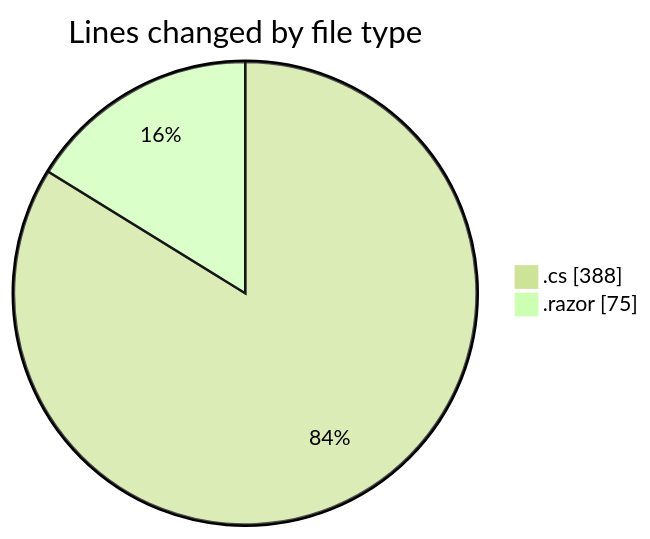
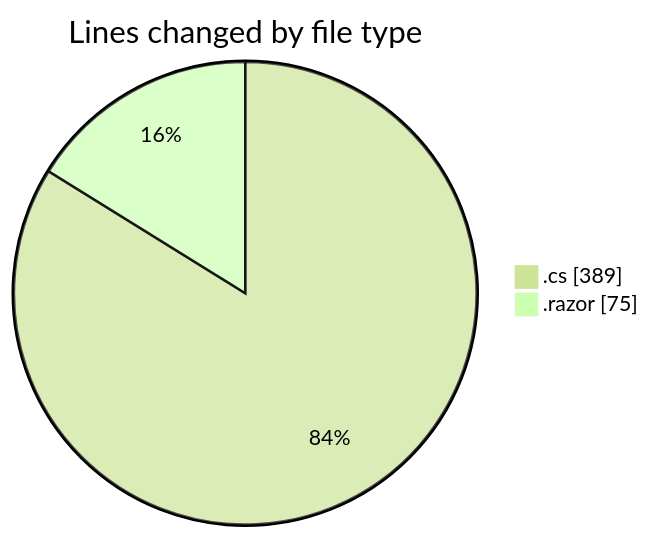
One commit to Netris89/code-tracking changed the first of 2 diagrams in 2025-03-30/front-end/README.md. Above: the diagram before and after it, drawn with Mermaid (forest theme). The commit also changed other lines of this file and 1 other file, not shown here.

````diff
--- a/2025-03-30/front-end/README.md
+++ b/2025-03-30/front-end/README.md
@@ -25,6 +25,6 @@
 ```mermaid
 pie showData
 title Lines changed by file type
-".cs" : 388
+".cs" : 389
 ".razor" : 75
 ```
````
